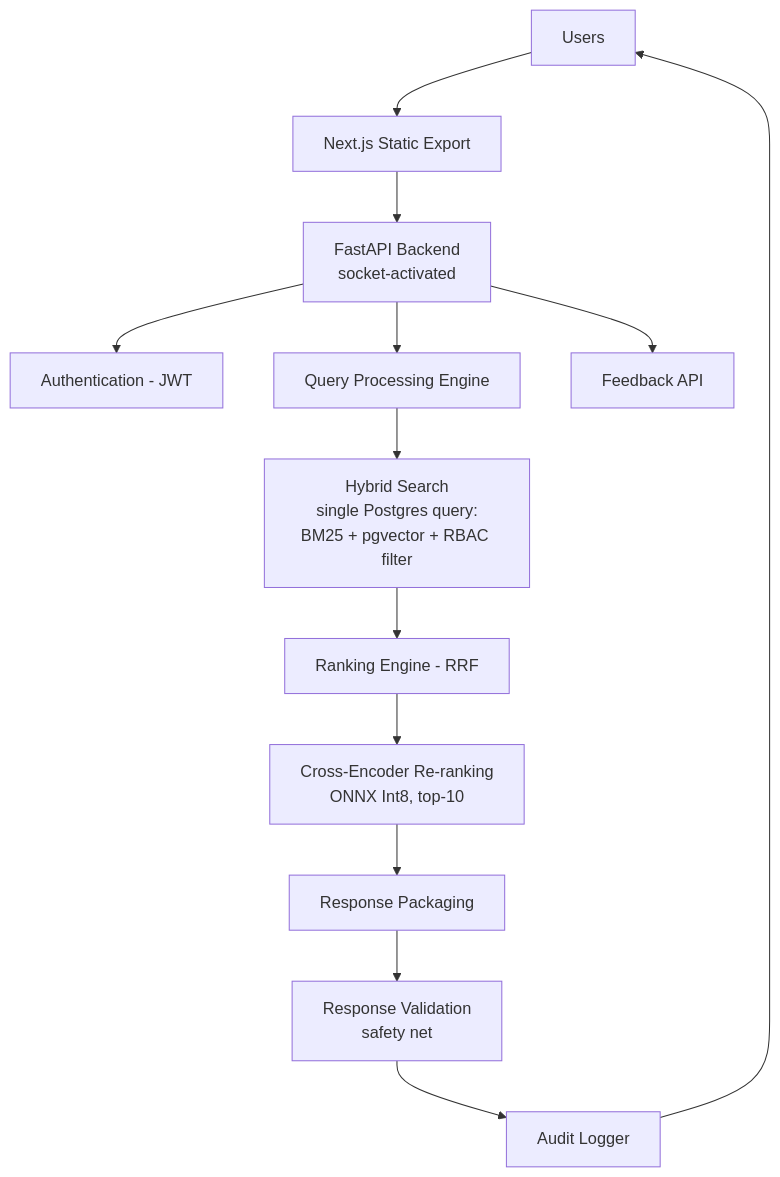
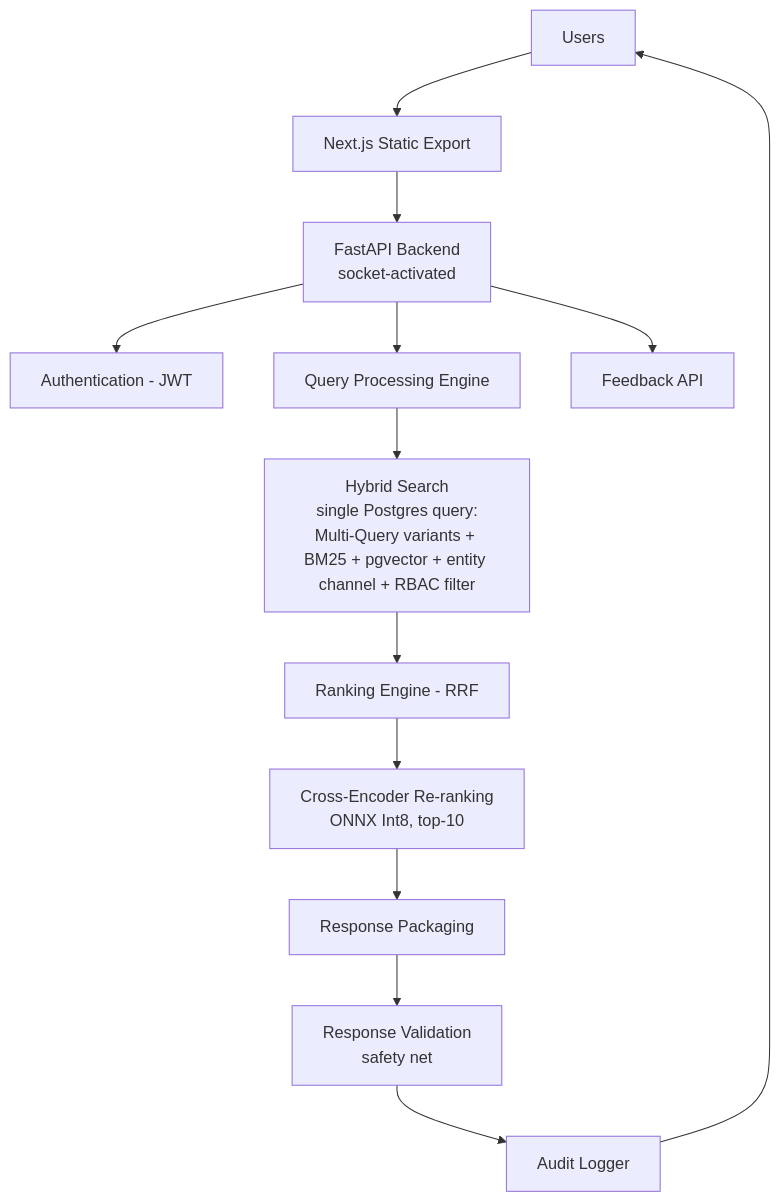
The first of 7 diagrams in Final_System_Design.md (shreenidhi-vlookup/Hexta), drawn with Mermaid before and after one commit. The commit also changed other lines of this file and 4 other files, not shown here.

First line of the commit message:
docs: align architecture docs with Phase 5 stack

````diff
--- a/Final_System_Design.md
+++ b/Final_System_Design.md
@@ -73,15 +73,15 @@
 ```mermaid
 flowchart TD
     U[Users] --> FE[Next.js Static Export]
     FE --> API[FastAPI Backend<br/>socket-activated]
     API --> AUTH[Authentication - JWT]
     API --> QP[Query Processing Engine]
     API --> FB[Feedback API]
-    QP --> HS[Hybrid Search<br/>single Postgres query:<br/>BM25 + pgvector + RBAC filter]
+    QP --> HS[Hybrid Search<br/>single Postgres query:<br/>Multi-Query variants + BM25 + pgvector + entity channel + RBAC filter]
     HS --> RANK[Ranking Engine - RRF]
     RANK --> RERANK[Cross-Encoder Re-ranking<br/>ONNX Int8, top-10]
     RERANK --> PKG[Response Packaging]
     PKG --> VAL[Response Validation<br/>safety net]
     VAL --> AUDIT[Audit Logger]
     AUDIT --> U
 ```
````
